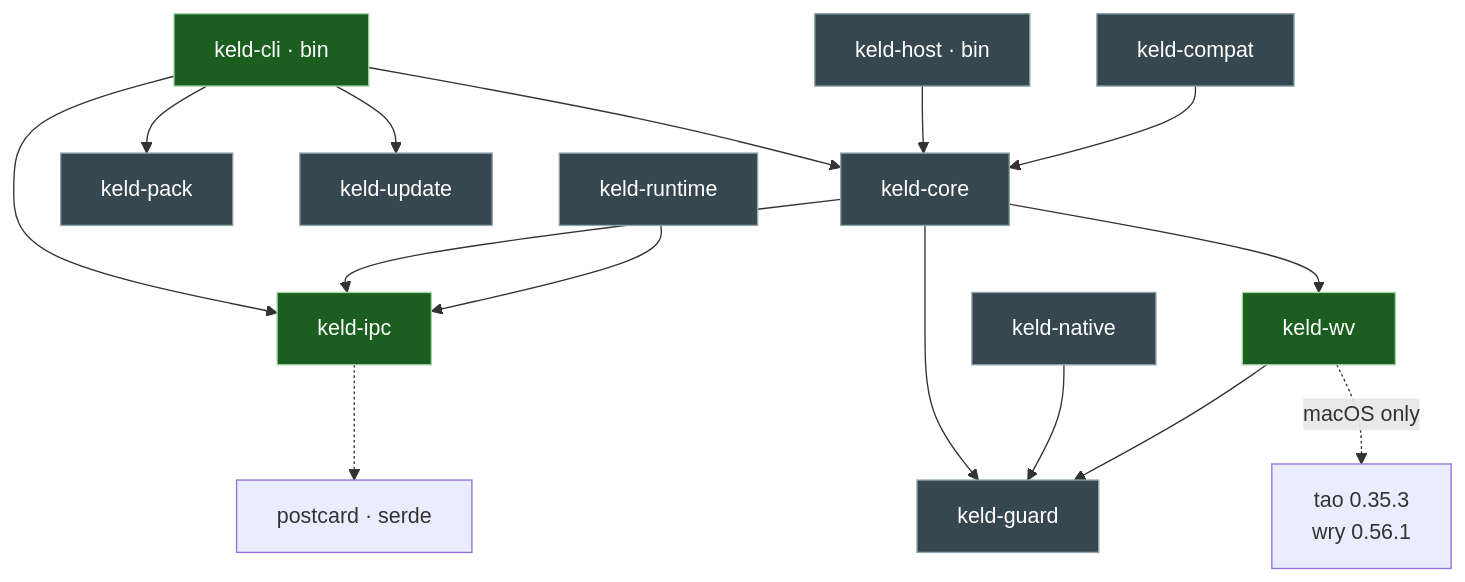
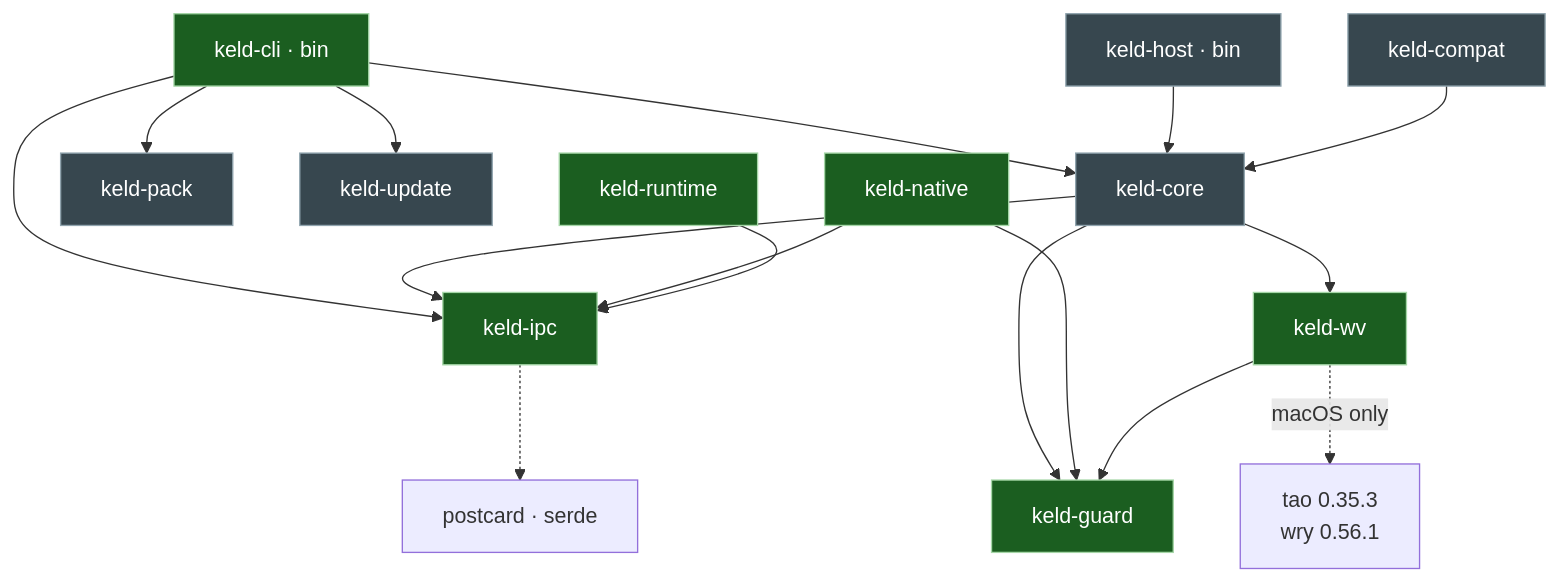
Before and after one commit to gyldlab/keld: the third of 3 diagrams in docs/onboarding/02-architecture-guide.md, drawn with Mermaid. The commit also changed other lines of this file and 13 other files, not shown here.

````diff
--- a/docs/onboarding/02-architecture-guide.md
+++ b/docs/onboarding/02-architecture-guide.md
@@ -313,22 +315,23 @@
 ```mermaid
 flowchart TD
     cli[keld-cli · bin] --> core
     cli --> ipc
     cli --> pack[keld-pack]
     cli --> update[keld-update]
     host[keld-host · bin] --> core
     compat[keld-compat] --> core
     core[keld-core] --> ipc[keld-ipc]
     core --> guard[keld-guard]
     core --> wv[keld-wv]
     native[keld-native] --> guard
+    native --> ipc
     runtime[keld-runtime] --> ipc
     wv --> guard
     wv -.->|macOS only| ext["tao 0.35.3<br/>wry 0.56.1"]
     ipc -.-> pc["postcard · serde"]
 
     classDef live fill:#1b5e20,stroke:#a5d6a7,color:#fff
     classDef skel fill:#37474f,stroke:#90a4ae,color:#fff
-    class ipc,wv,cli live
-    class core,guard,native,runtime,update,pack,compat,host skel
+    class ipc,wv,cli,guard,native,runtime live
+    class core,update,pack,compat,host skel
 ```
````
